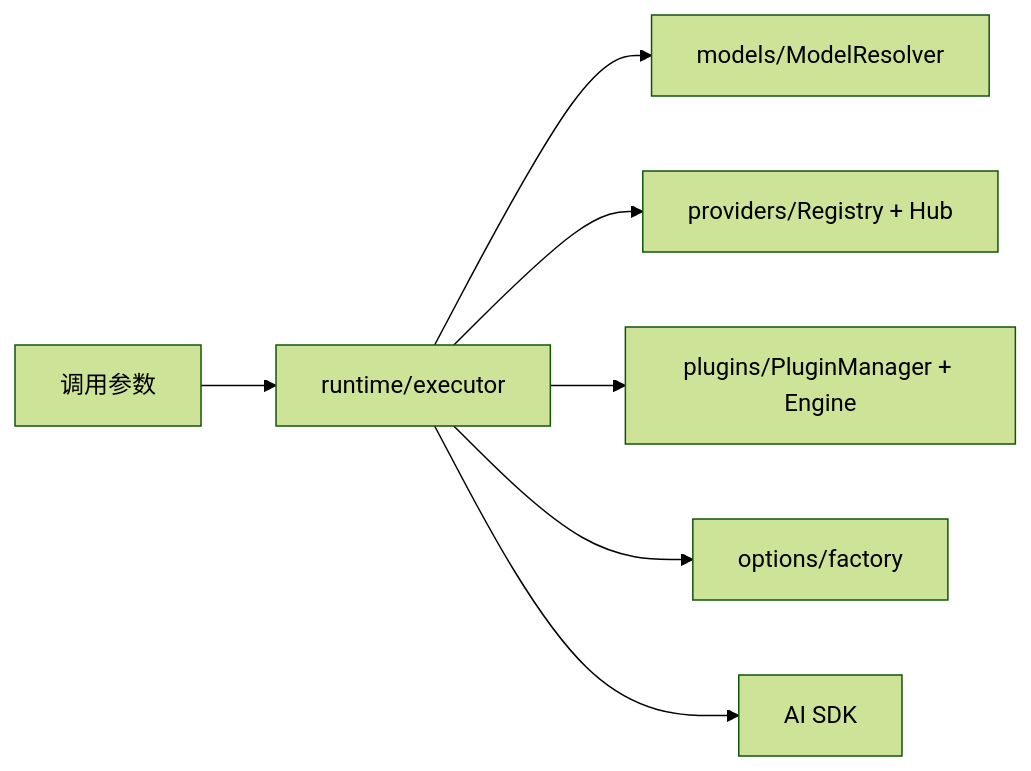
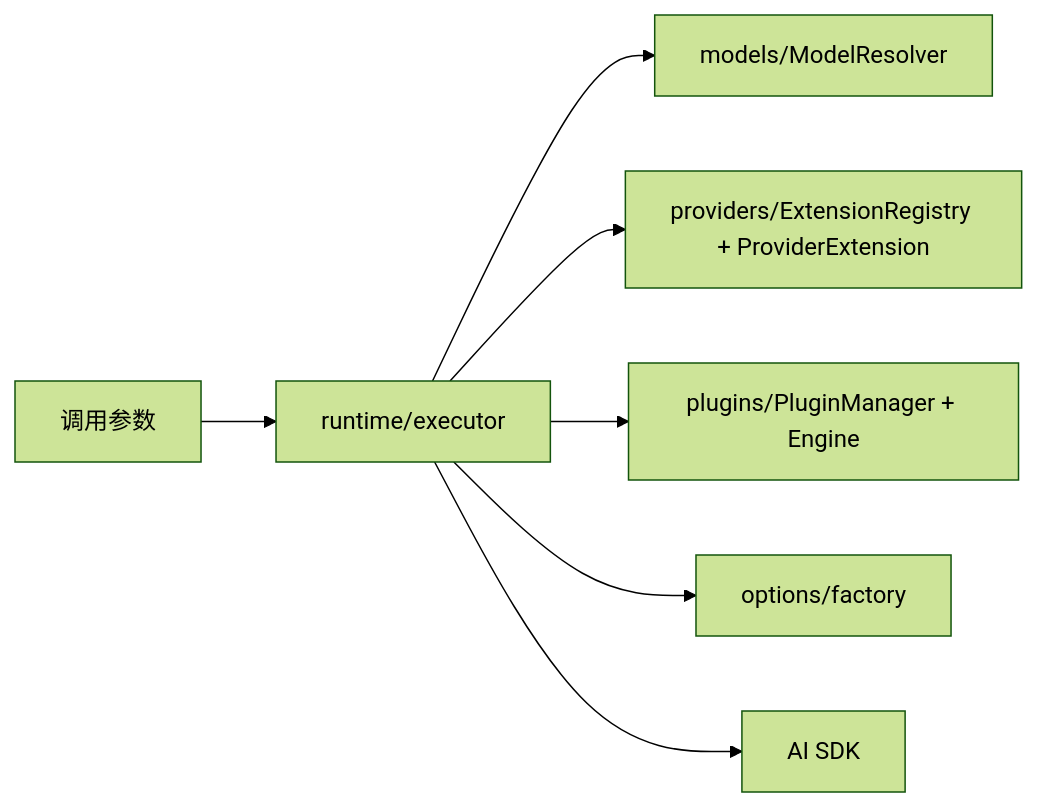
The diagram in docs/zh/architecture/07-AI核心与模型接入/03-aiCore执行引擎详解.md (Little-LittleProgrammer/cherry-studio), drawn with Mermaid (forest theme) before and after one commit. The commit also changed other lines of this file and 16 other files, not shown here.

First line of the commit message:
Update .gitignore and enhance architecture documentation

````diff
--- a/docs/zh/architecture/07-AI核心与模型接入/03-aiCore执行引擎详解.md
+++ b/docs/zh/architecture/07-AI核心与模型接入/03-aiCore执行引擎详解.md
@@ -7,17 +7,17 @@
 ```mermaid
 flowchart LR
   Input[调用参数]
   Runtime[runtime/executor]
   Models[models/ModelResolver]
-  Providers[providers/Registry + Hub]
+  Providers[providers/ExtensionRegistry + ProviderExtension]
   Plugins[plugins/PluginManager + Engine]
   Options[options/factory]
   SDK[AI SDK]
 
   Input --> Runtime
   Runtime --> Models
   Runtime --> Providers
   Runtime --> Plugins
   Runtime --> Options
   Runtime --> SDK
 ```
````
